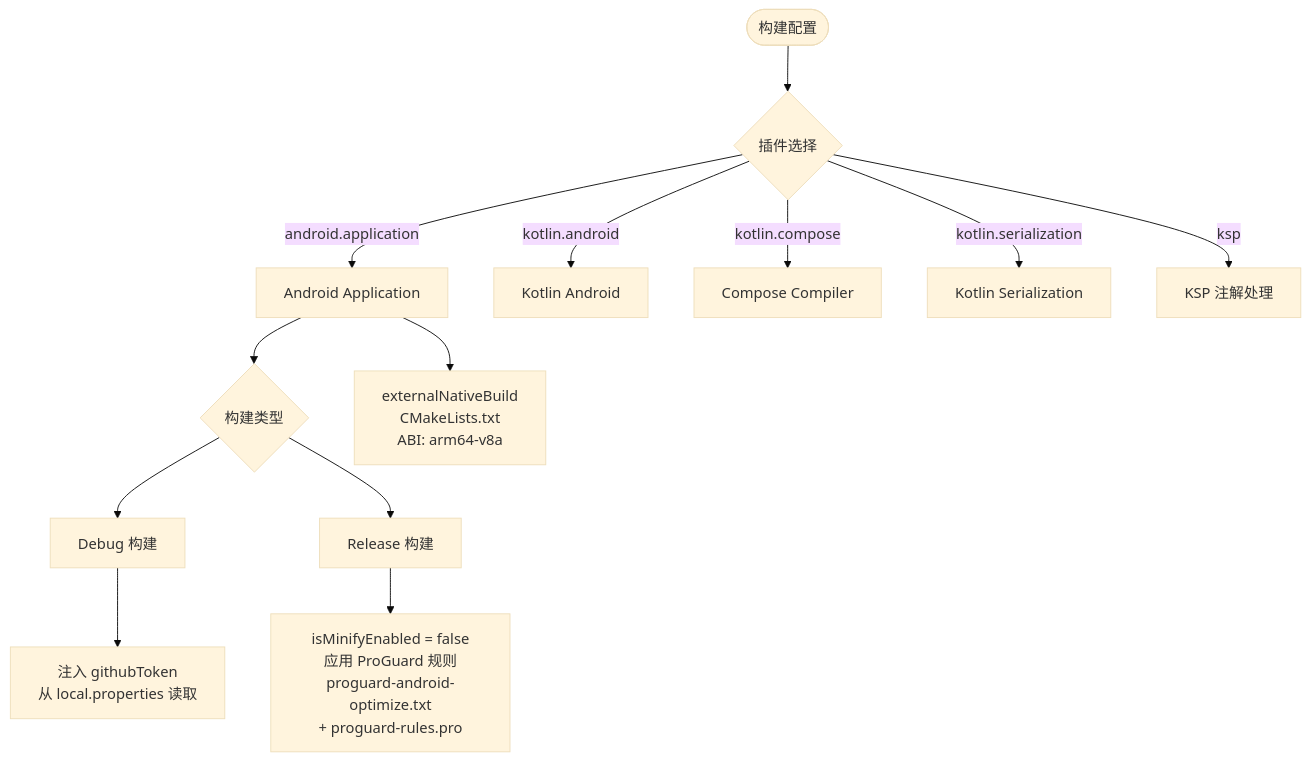
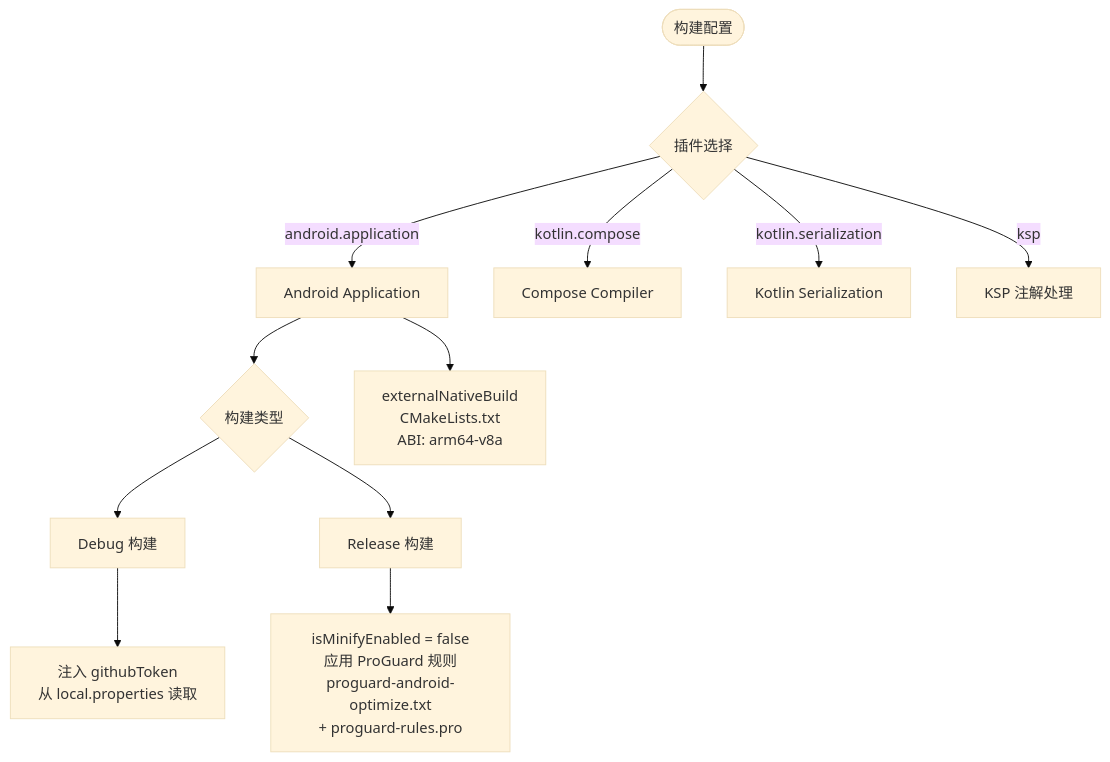
Before and after one commit to ZG0704666/Aries-AI: the third of 4 diagrams in Aries-site/docs/开发规范与工具/构建脚本与工具链.md, drawn with Mermaid (base theme). The commit also changed other lines of this file and 7 other files, not shown here.

````diff
--- a/Aries-site/docs/开发规范与工具/构建脚本与工具链.md
+++ b/Aries-site/docs/开发规范与工具/构建脚本与工具链.md
@@ -269,18 +265,17 @@
 ```mermaid
 flowchart TD
     Start([构建配置]) --> Plugins{插件选择}
     Plugins -->|android.application| APP[Android Application]
-    Plugins -->|kotlin.android| KOTLIN[Kotlin Android]
     Plugins -->|kotlin.compose| COMPOSE[Compose Compiler]
     Plugins -->|kotlin.serialization| SERIAL[Kotlin Serialization]
     Plugins -->|ksp| KSP[KSP 注解处理]
 
     APP --> BuildTypes{构建类型}
     BuildTypes --> Debug[Debug 构建]
     BuildTypes --> Release[Release 构建]
 
     Debug --> DebugConfig["注入 githubToken<br/>从 local.properties 读取"]
     Release --> ReleaseConfig["isMinifyEnabled = false<br/>应用 ProGuard 规则<br/>proguard-android-optimize.txt<br/>+ proguard-rules.pro"]
 
     APP --> NativeBuild["externalNativeBuild<br/>CMakeLists.txt<br/>ABI: arm64-v8a"]
 ```
````
